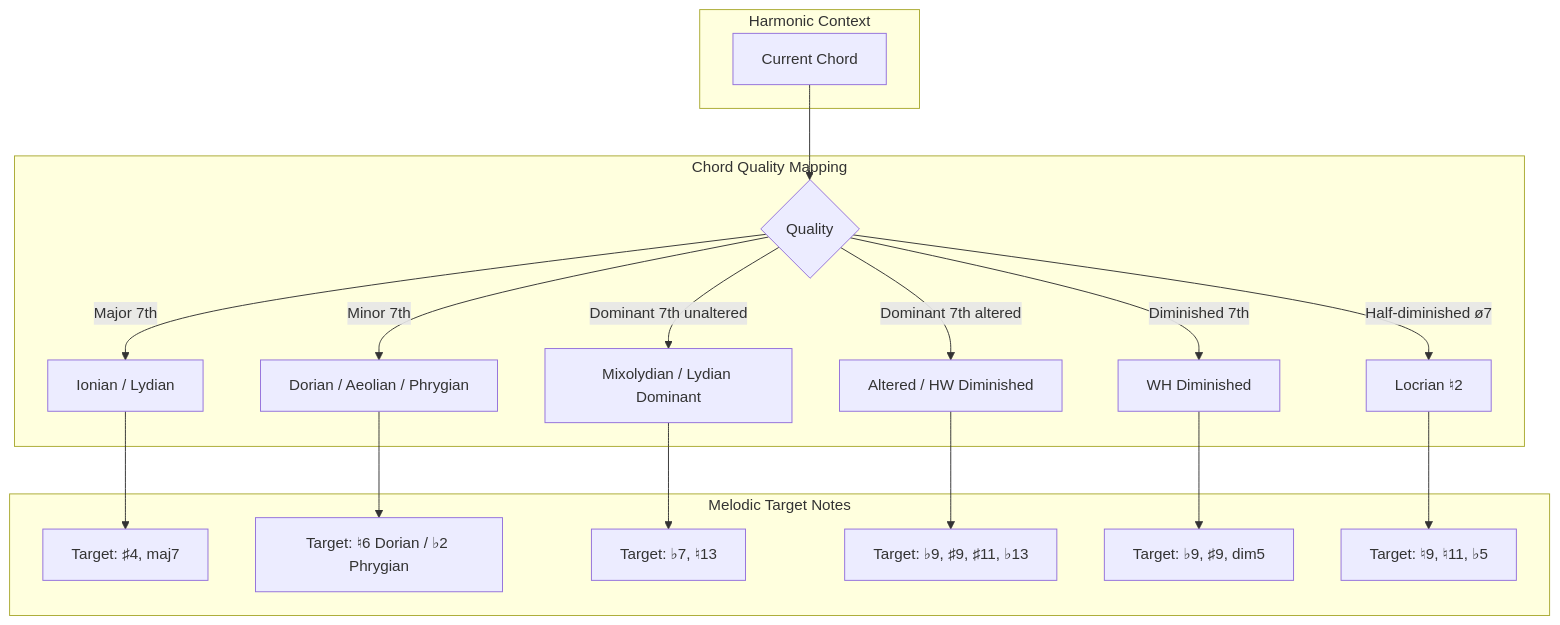
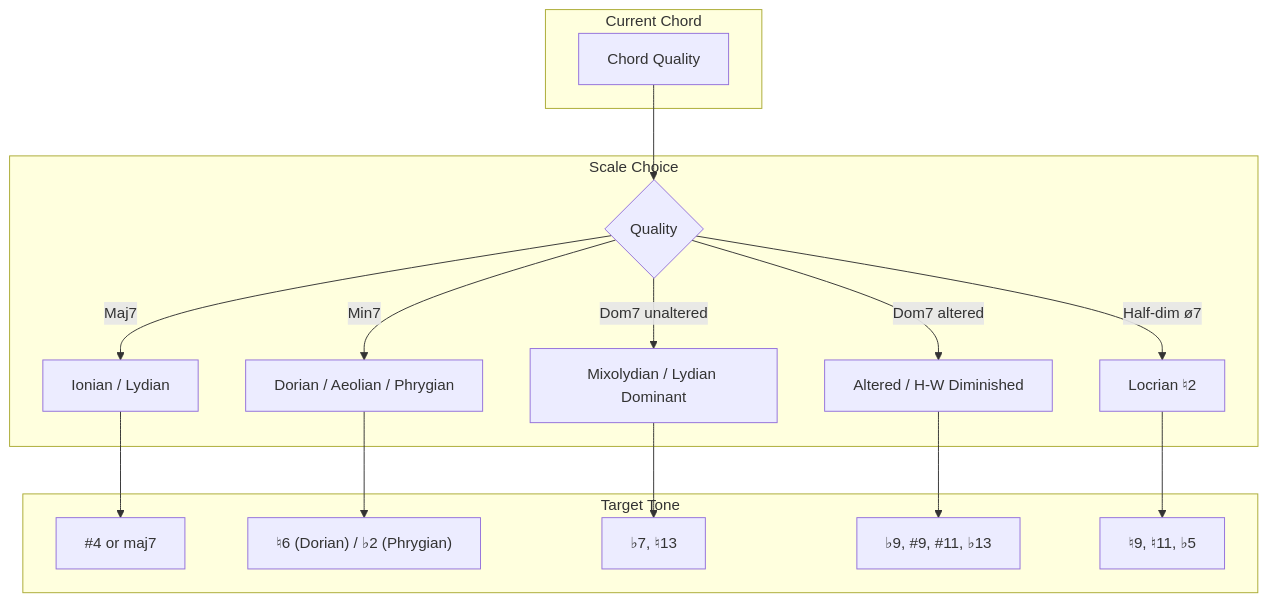
One commit to blebleblee/synapse changed the first of 5 diagrams in topics/arts/composition/jazz_harmony/lesson_03_improvisation_techniques.md. Above: the diagram before and after it, drawn with Mermaid. The commit also changed other lines of this file and 4 other files, not shown here.

````diff
--- a/topics/arts/composition/jazz_harmony/lesson_03_improvisation_techniques.md
+++ b/topics/arts/composition/jazz_harmony/lesson_03_improvisation_techniques.md
@@ -62,27 +51,22 @@
 ```mermaid
 graph TD
-    subgraph sub_context ["Harmonic Context"]
-        A["Current Chord"]
+    subgraph sub_context ["Current Chord"]
+        A["Chord Quality"]
     end
-    
-    subgraph sub_quality ["Chord Quality Mapping"]
+    subgraph sub_map ["Scale Choice"]
         B{"Quality"}
-        B -->|"Major 7th"| C["Ionian / Lydian"]
-        B -->|"Minor 7th"| D["Dorian / Aeolian / Phrygian"]
-        B -->|"Dominant 7th unaltered"| E["Mixolydian / Lydian Dominant"]
-        B -->|"Dominant 7th altered"| F["Altered / HW Diminished"]
-        B -->|"Diminished 7th"| G["WH Diminished"]
-        B -->|"Half-diminished ø7"| H["Locrian ♮2"]
+        B -->|"Maj7"| C["Ionian / Lydian"]
+        B -->|"Min7"| D["Dorian / Aeolian / Phrygian"]
+        B -->|"Dom7 unaltered"| E["Mixolydian / Lydian Dominant"]
+        B -->|"Dom7 altered"| F["Altered / H-W Diminished"]
+        B -->|"Half-dim ø7"| G["Locrian ♮2"]
     end
-    
-    subgraph sub_targets ["Melodic Target Notes"]
-        C --> I["Target: ♯4, maj7"]
-        D --> J["Target: ♮6 Dorian / ♭2 Phrygian"]
-        E --> K["Target: ♭7, ♮13"]
-        F --> L["Target: ♭9, ♯9, ♯11, ♭13"]
-        G --> M["Target: ♭9, ♯9, dim5"]
-        H --> N["Target: ♮9, ♮11, ♭5"]
+    subgraph sub_target ["Target Tone"]
+        C --> H["#4 or maj7"]
+        D --> I["♮6 (Dorian) / ♭2 (Phrygian)"]
+        E --> J["♭7, ♮13"]
+        F --> K["♭9, #9, #11, ♭13"]
+        G --> L["♮9, ♮11, ♭5"]
     end
-    
     A --> B
 ```
````
